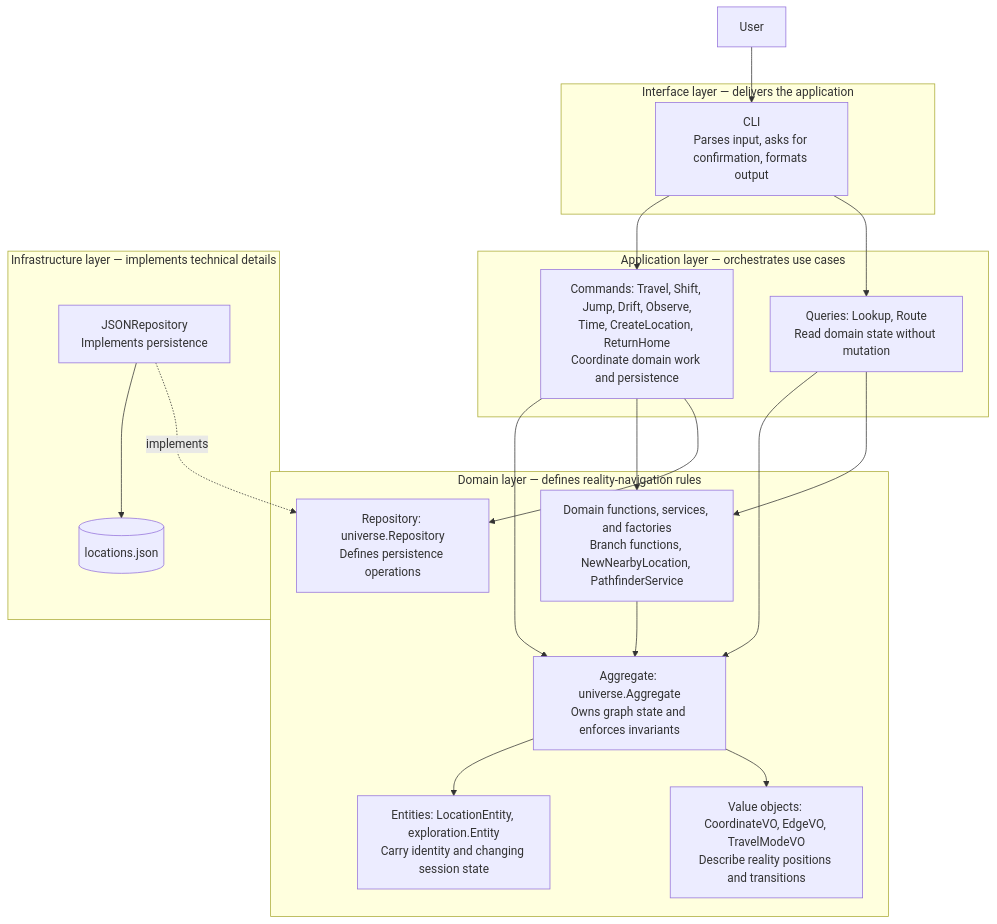
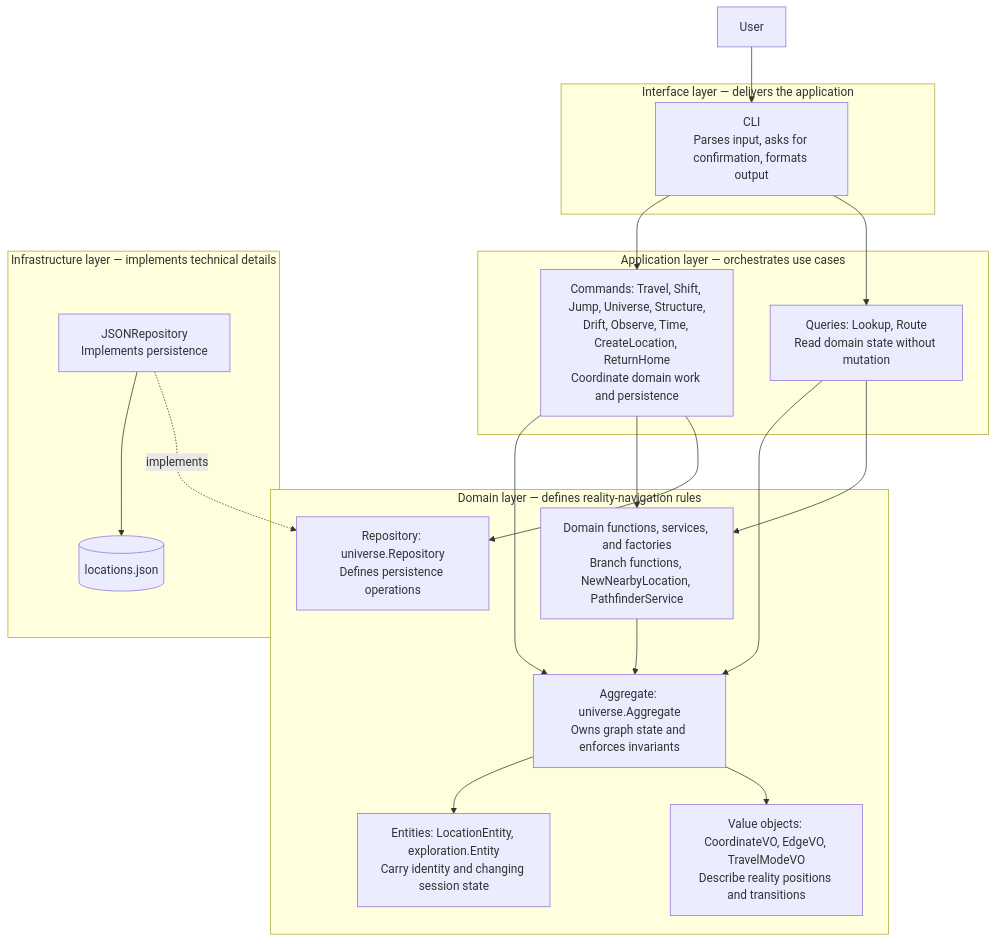
One commit to petherin/onto changed the diagram in docs/DDD.md. Above: the diagram before and after it, drawn with Mermaid. The commit also changed other lines of this file and 22 other files, not shown here.

````diff
--- a/docs/DDD.md
+++ b/docs/DDD.md
@@ -31,38 +31,38 @@
 ```mermaid
 flowchart TB
     subgraph Domain["Domain layer — defines reality-navigation rules"]
         Aggregate["Aggregate: universe.Aggregate<br/>Owns graph state and enforces invariants"]
         Entities["Entities: LocationEntity, exploration.Entity<br/>Carry identity and changing session state"]
         Values["Value objects: CoordinateVO, EdgeVO, TravelModeVO<br/>Describe reality positions and transitions"]
         Services["Domain functions, services, and factories<br/>Branch functions, NewNearbyLocation, PathfinderService"]
         Repository["Repository: universe.Repository<br/>Defines persistence operations"]
         Aggregate --> Entities
         Aggregate --> Values
         Services --> Aggregate
     end
 
     subgraph Application["Application layer — orchestrates use cases"]
-        Commands["Commands: Travel, Shift, Jump, Drift, Observe,<br/>Time, CreateLocation, ReturnHome<br/>Coordinate domain work and persistence"]
+        Commands["Commands: Travel, Shift, Jump, Universe, Structure,<br/>Drift, Observe, Time, CreateLocation, ReturnHome<br/>Coordinate domain work and persistence"]
         Queries["Queries: Lookup, Route<br/>Read domain state without mutation"]
     end
 
     subgraph Interface["Interface layer — delivers the application"]
         CLI["CLI<br/>Parses input, asks for confirmation, formats output"]
     end
 
     subgraph Infrastructure["Infrastructure layer — implements technical details"]
         JSON["JSONRepository<br/>Implements persistence"]
         Data[(locations.json)]
         JSON --> Data
     end
 
     User[User] --> CLI
     CLI --> Commands
     CLI --> Queries
     Commands --> Aggregate
     Commands --> Services
     Commands --> Repository
     Queries --> Aggregate
     Queries --> Services
     JSON -. implements .-> Repository
 ```
````
